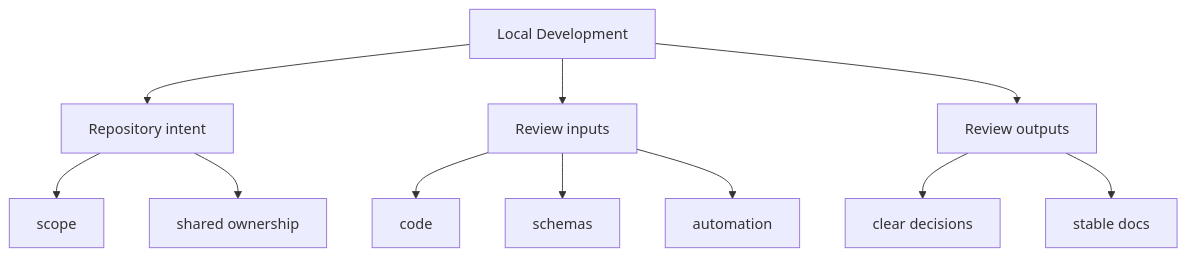
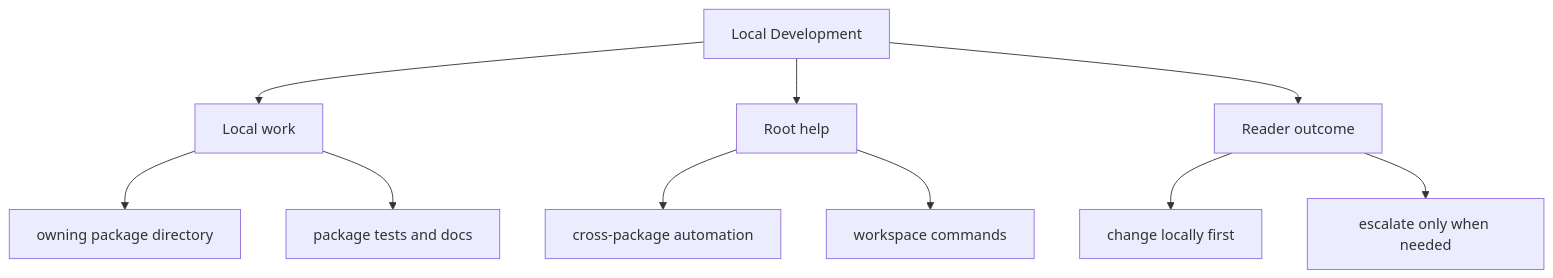
One commit to bijux/bijux-canon changed the second of 2 diagrams in docs/bijux-canon/local-development.md. Above: the diagram before and after it, drawn with Mermaid. The commit also changed other lines of this file and 11 other files, not shown here.

Commit message:
docs(diagrams): clarify root handbook maps

````diff
--- a/docs/bijux-canon/local-development.md
+++ b/docs/bijux-canon/local-development.md
@@ -33,24 +33,22 @@
 ```mermaid
 flowchart TD
     page["Local Development"]
-    focus1["Repository intent"]
+    focus1["Local work"]
     page --> focus1
-    focus1_1["scope"]
+    focus1_1["owning package directory"]
     focus1 --> focus1_1
-    focus1_2["shared ownership"]
+    focus1_2["package tests and docs"]
     focus1 --> focus1_2
-    focus2["Review inputs"]
+    focus2["Root help"]
     page --> focus2
-    focus2_1["code"]
+    focus2_1["cross-package automation"]
     focus2 --> focus2_1
-    focus2_2["schemas"]
+    focus2_2["workspace commands"]
     focus2 --> focus2_2
-    focus2_3["automation"]
-    focus2 --> focus2_3
-    focus3["Review outputs"]
+    focus3["Reader outcome"]
     page --> focus3
-    focus3_1["clear decisions"]
+    focus3_1["change locally first"]
     focus3 --> focus3_1
-    focus3_2["stable docs"]
+    focus3_2["escalate only when needed"]
     focus3 --> focus3_2
 ```
````
